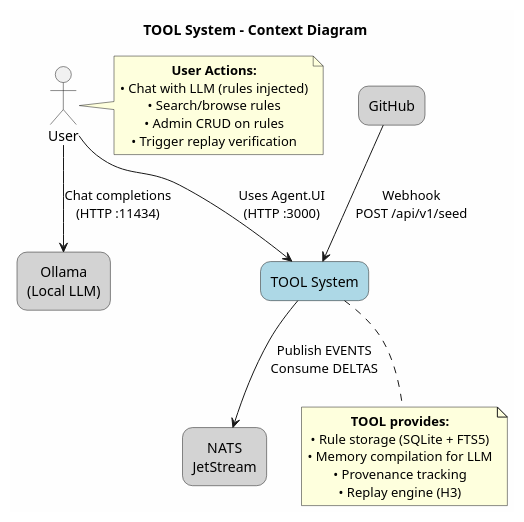
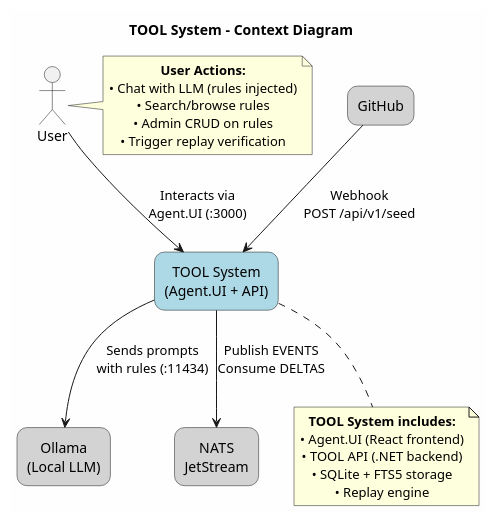
Before and after one commit to ravvnen/TOOL: the diagram in diagrams/c4_context_simple.puml, drawn with PlantUML. The commit also changed 3 other files, not shown here.

First line of the commit message:
Fix diagrams: TOOL API calls Ollama, not frontend directly

```diff
--- a/diagrams/c4_context_simple.puml
+++ b/diagrams/c4_context_simple.puml
@@ -1,44 +1,41 @@
 @startuml C4_Context_Simple
 title TOOL System - Context Diagram
 
 skinparam backgroundColor #FEFEFE
 skinparam defaultTextAlignment center
 skinparam rectangle {
     roundCorner 20
 }
 
-' Actors
 actor "User" as user
 
-' Systems
-rectangle "TOOL System" as tool #LightBlue {
-}
+rectangle "TOOL System\n(Agent.UI + API)" as tool #LightBlue
 
 rectangle "GitHub" as github #LightGray
 rectangle "Ollama\n(Local LLM)" as ollama #LightGray
 rectangle "NATS\nJetStream" as nats #LightGray
 
 ' Relationships
-user --> tool : Uses Agent.UI\n(HTTP :3000)
-user --> ollama : Chat completions\n(HTTP :11434)
+user --> tool : Interacts via\nAgent.UI (:3000)
+tool --> ollama : Sends prompts\nwith rules (:11434)
 
 github --> tool : Webhook\nPOST /api/v1/seed
 tool --> nats : Publish EVENTS\nConsume DELTAS
 
 note right of user
   **User Actions:**
   • Chat with LLM (rules injected)
   • Search/browse rules
   • Admin CRUD on rules
   • Trigger replay verification
 end note
 
 note bottom of tool
-  **TOOL provides:**
-  • Rule storage (SQLite + FTS5)
-  • Memory compilation for LLM
-  • Provenance tracking
-  • Replay engine (H3)
+  **TOOL System includes:**
+  • Agent.UI (React frontend)
+  • TOOL API (.NET backend)
+  • SQLite + FTS5 storage
+  • Replay engine
 end note
 
 @enduml
```
